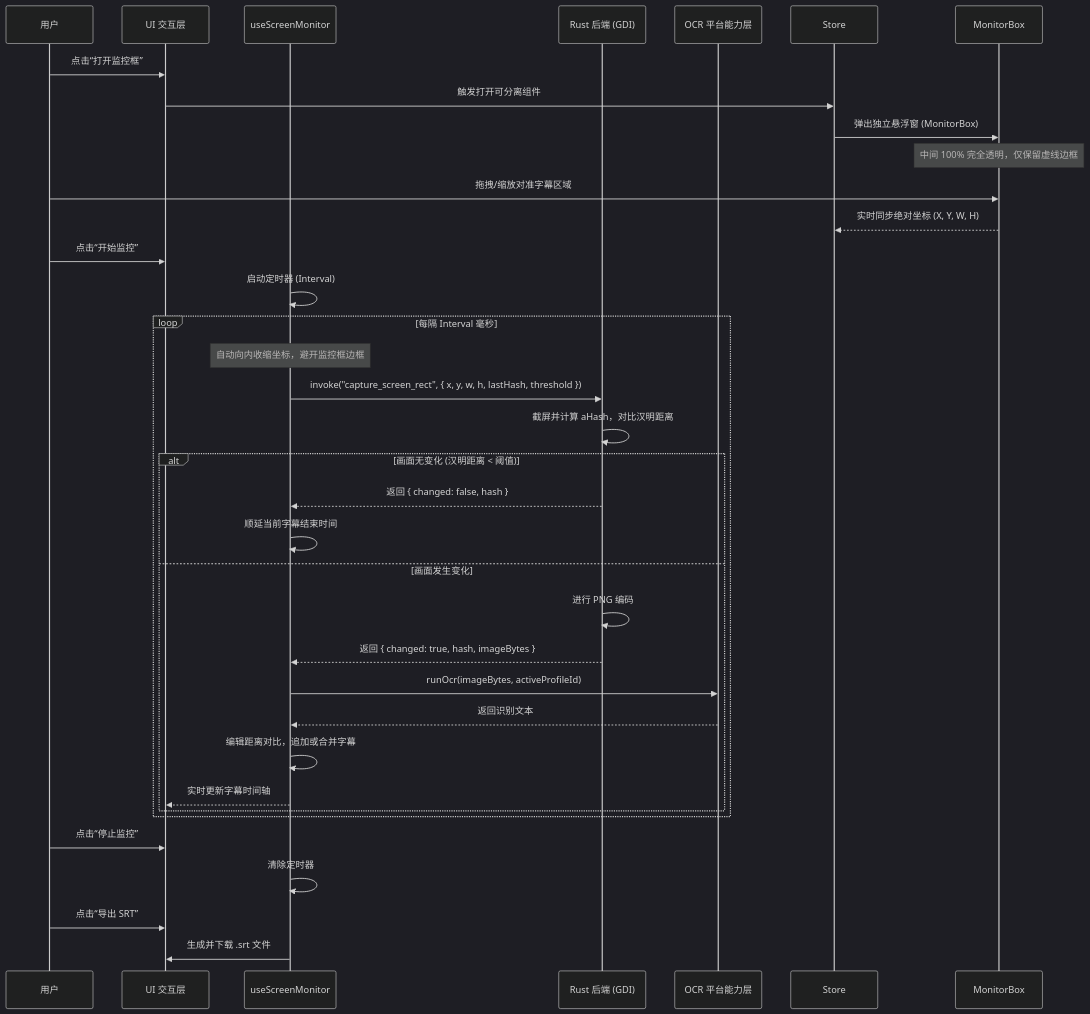
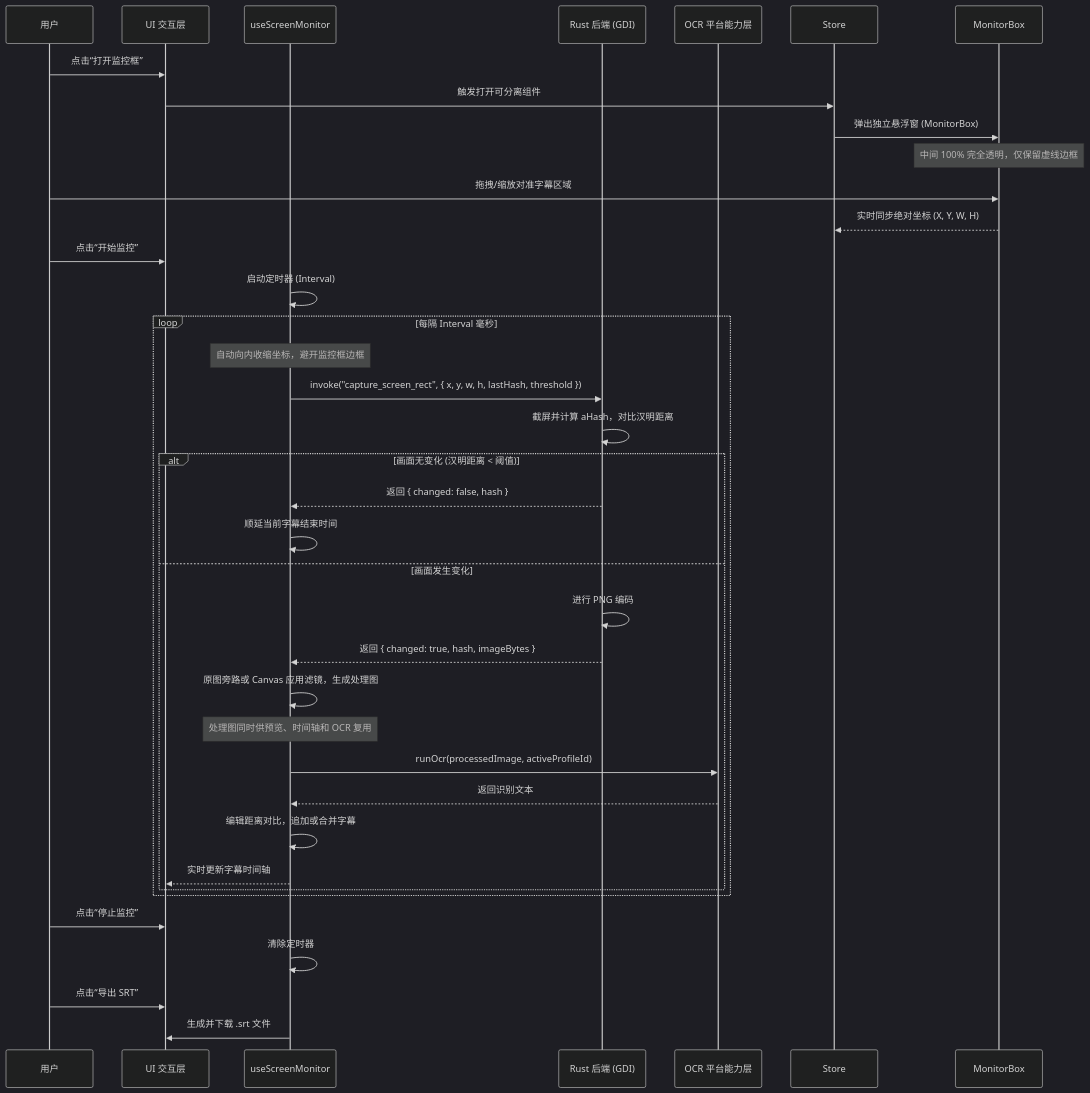
Before and after one commit to miaotouy/aio-hub: the diagram in src/tools/realtime-subtitle-ocr/ARCHITECTURE.md, drawn with Mermaid (dark theme). The commit also changed other lines of this file and 7 other files, not shown here.

First line of the commit message:
feat(realtime-subtitle-ocr): 新增 OCR 图像滤镜功能

````diff
--- a/src/tools/realtime-subtitle-ocr/ARCHITECTURE.md
+++ b/src/tools/realtime-subtitle-ocr/ARCHITECTURE.md
@@ -118,40 +128,42 @@
 ```mermaid
 sequenceDiagram
     participant User as 用户
     participant UI as UI 交互层
     participant Composable as useScreenMonitor
     participant Rust as Rust 后端 (GDI)
     participant Platform as OCR 平台能力层
 
     User->>UI: 点击“打开监控框”
     UI->>Store: 触发打开可分离组件
     Store->>MonitorBox: 弹出独立悬浮窗 (MonitorBox)
     Note over MonitorBox: 中间 100% 完全透明，仅保留虚线边框
     User->>MonitorBox: 拖拽/缩放对准字幕区域
     MonitorBox-->>Store: 实时同步绝对坐标 (X, Y, W, H)
 
     User->>UI: 点击“开始监控”
     Composable->>Composable: 启动定时器 (Interval)
 
     loop 每隔 Interval 毫秒
         Note over Composable: 自动向内收缩坐标，避开监控框边框
         Composable->>Rust: invoke("capture_screen_rect", { x, y, w, h, lastHash, threshold })
         Rust->>Rust: 截屏并计算 aHash，对比汉明距离
         alt 画面无变化 (汉明距离 < 阈值)
             Rust-->>Composable: 返回 { changed: false, hash }
             Composable->>Composable: 顺延当前字幕结束时间
         else 画面发生变化
             Rust->>Rust: 进行 PNG 编码
             Rust-->>Composable: 返回 { changed: true, hash, imageBytes }
-            Composable->>Platform: runOcr(imageBytes, activeProfileId)
+            Composable->>Composable: 原图旁路或 Canvas 应用滤镜，生成处理图
+            Note over Composable: 处理图同时供预览、时间轴和 OCR 复用
+            Composable->>Platform: runOcr(processedImage, activeProfileId)
             Platform-->>Composable: 返回识别文本
             Composable->>Composable: 编辑距离对比，追加或合并字幕
             Composable-->>UI: 实时更新字幕时间轴
         end
     end
 
     User->>UI: 点击“停止监控”
     Composable->>Composable: 清除定时器
     User->>UI: 点击“导出 SRT”
     Composable->>UI: 生成并下载 .srt 文件
 ```
````
